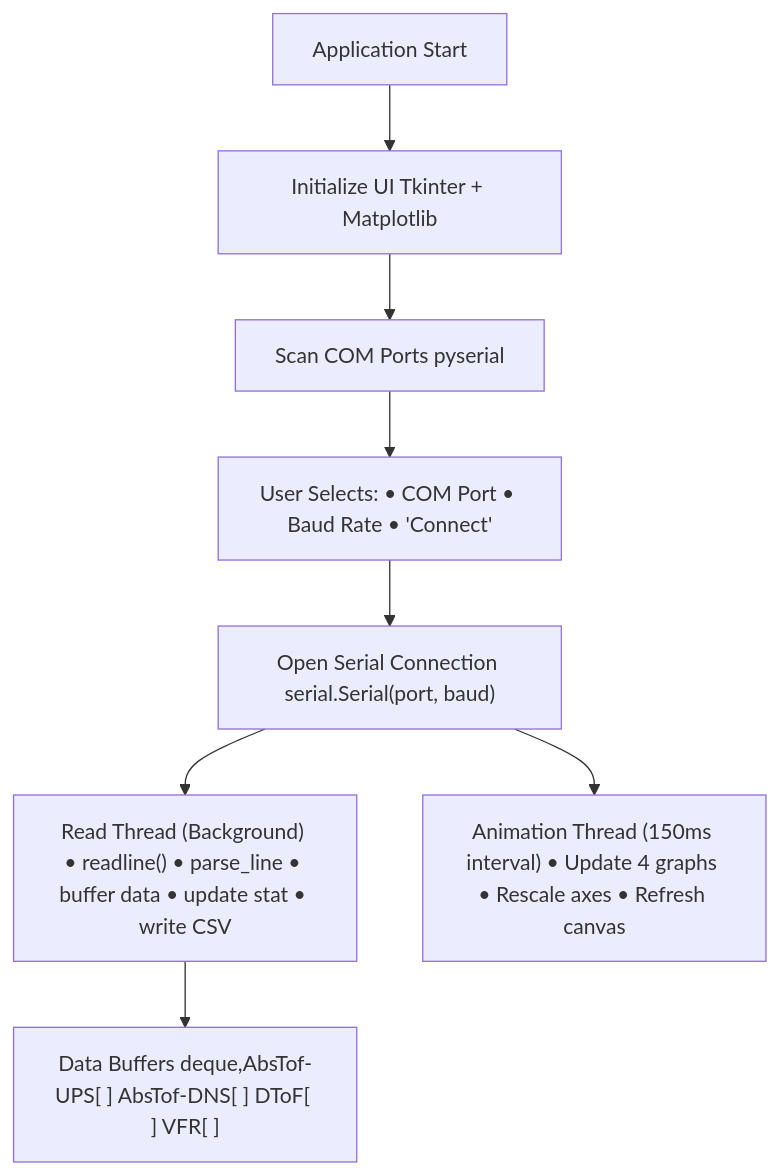
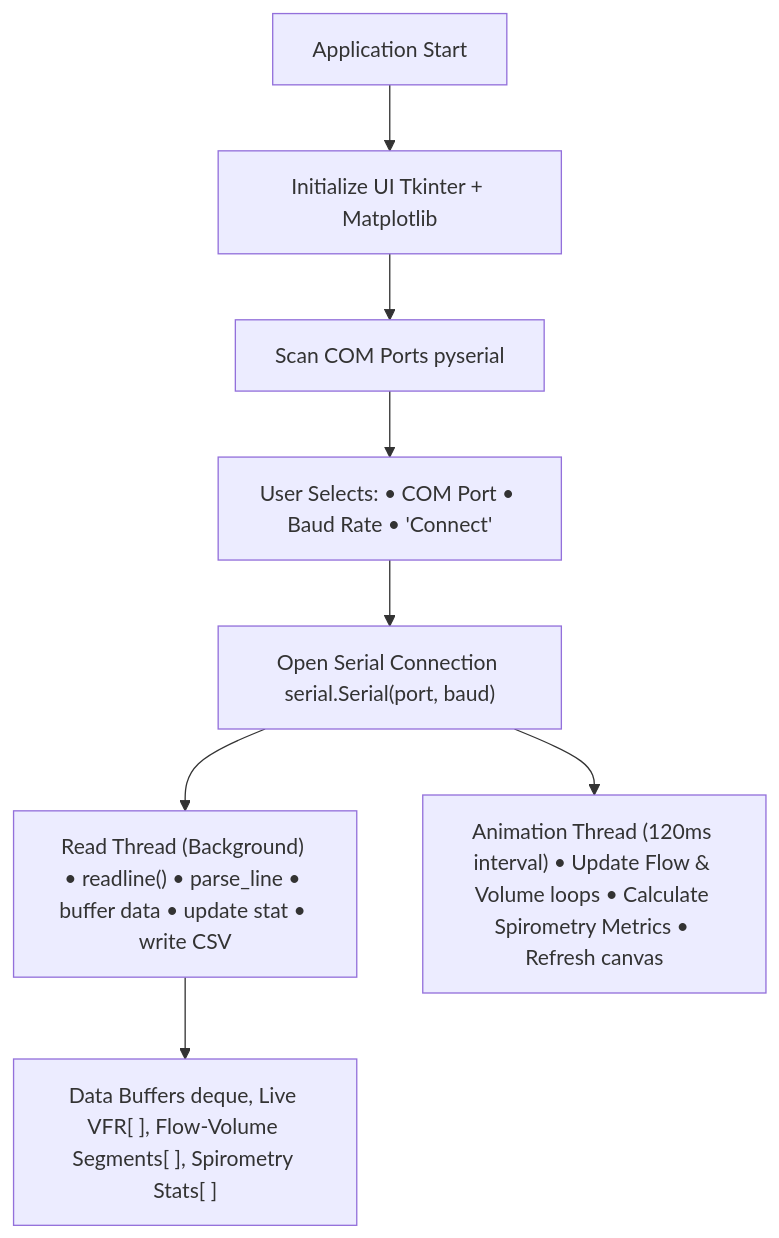
The second of 2 diagrams in UART/README.md (Sasanka-29/MSP430FR6043-USS), drawn with Mermaid before and after one commit. The commit also changed other lines of this file, not shown here.

````diff
--- a/UART/README.md
+++ b/UART/README.md
@@ -151,21 +151,21 @@
 ```mermaid
 
 flowchart TD
     A["Application Start"] --> B
 
     B["Initialize UI Tkinter + Matplotlib"] --> C
 
     C["Scan COM Ports pyserial"] --> D
 
     D["User Selects: • COM Port • Baud Rate • 'Connect'"] --> E
 
     E["Open Serial Connection serial.Serial(port, baud)"] --> RT & AT
 
     RT["Read Thread (Background) • readline() • parse_line • buffer data • update stat • write CSV"]
 
-    AT["Animation Thread (150ms interval) • Update 4 graphs • Rescale axes • Refresh canvas"]
+    AT["Animation Thread (120ms interval) • Update Flow & Volume loops • Calculate Spirometry Metrics • Refresh canvas"]
 
     RT --> BUF
 
-    BUF["Data Buffers deque,AbsTof-UPS[ ] AbsTof-DNS[ ] DToF[ ] VFR[ ]"]
+    BUF["Data Buffers deque, Live VFR[ ], Flow-Volume Segments[ ], Spirometry Stats[ ]"]
 ```
````
